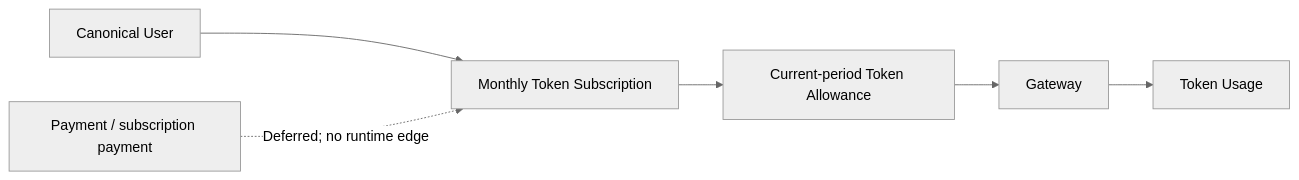
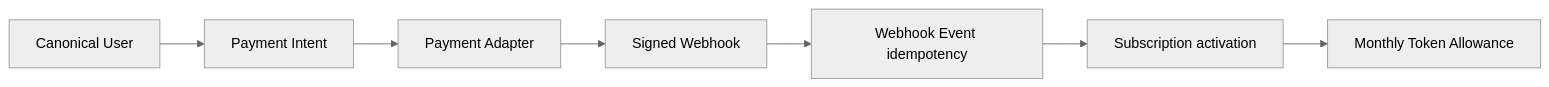
One commit to glide-the/dream-im-platform changed the diagram in docs/architecture/ink-dream-memory/08-payment-adapter-and-webhook-boundary.md. Above: the diagram before and after it, drawn with Mermaid (neutral theme). The commit also changed other lines of this file and 130 other files, not shown here.

First line of the commit message:
feat: Implement subscription payment system with token-based billing

````diff
--- a/docs/architecture/ink-dream-memory/08-payment-adapter-and-webhook-boundary.md
+++ b/docs/architecture/ink-dream-memory/08-payment-adapter-and-webhook-boundary.md
@@ -33,8 +18,9 @@
 ```mermaid
 flowchart LR
-  U["Canonical User"] --> S["Monthly Token Subscription"]
-  S --> A["Current-period Token Allowance"]
-  A --> G["Gateway"]
-  G --> T["Token Usage"]
-  P["Payment / subscription payment"] -. "Deferred; no runtime edge" .-> S
+  U["Canonical User"] --> I["Payment Intent"]
+  I --> A["Payment Adapter"]
+  A --> W["Signed Webhook"]
+  W --> E["Webhook Event idempotency"]
+  E --> S["Subscription activation"]
+  S --> T["Monthly Token Allowance"]
 ```
````
